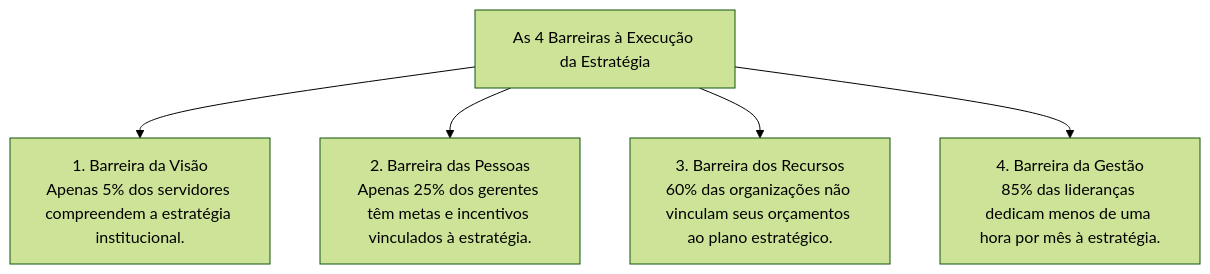
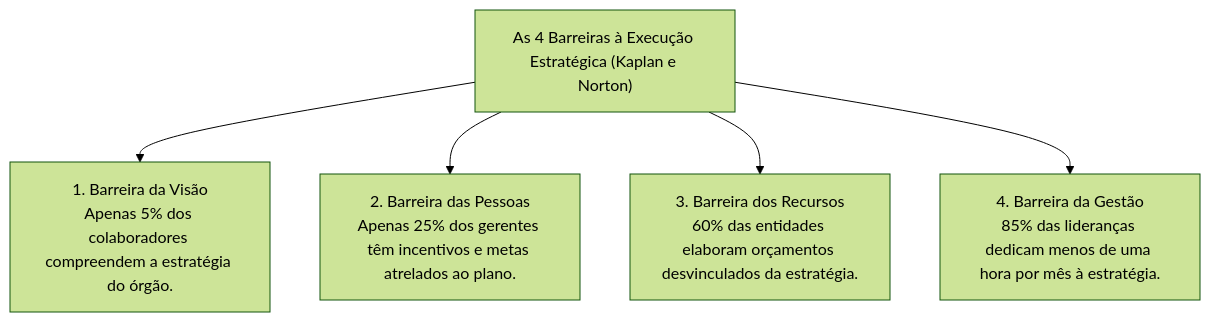
One commit to thiagosantos346/TCE-GO-2027 changed the third of 3 diagrams in fontes_de_estudo/conhecimentos_especificos_a01_tecnico_administrativo/23_administracao_estrategica/03_cadeia_de_valor_bsc_e_execucao_estrategica.md. Above: the diagram before and after it, drawn with Mermaid (forest theme). The commit also changed other lines of this file and 119 other files, not shown here.

````diff
--- a/fontes_de_estudo/conhecimentos_especificos_a01_tecnico_administrativo/23_administracao_estrategica/03_cadeia_de_valor_bsc_e_execucao_estrategica.md
+++ b/fontes_de_estudo/conhecimentos_especificos_a01_tecnico_administrativo/23_administracao_estrategica/03_cadeia_de_valor_bsc_e_execucao_estrategica.md
@@ -141,9 +125,9 @@
 ```mermaid
 flowchart TD
-    Barreiras["As 4 Barreiras à Execução da Estratégia"]
+    Barreiras["As 4 Barreiras à Execução Estratégica (Kaplan e Norton)"]
     
-    Barreiras --> B1["1. Barreira da Visão<br/>Apenas 5% dos servidores compreendem a estratégia institucional."]
-    Barreiras --> B2["2. Barreira das Pessoas<br/>Apenas 25% dos gerentes têm metas e incentivos vinculados à estratégia."]
-    Barreiras --> B3["3. Barreira dos Recursos<br/>60% das organizações não vinculam seus orçamentos ao plano estratégico."]
+    Barreiras --> B1["1. Barreira da Visão<br/>Apenas 5% dos colaboradores compreendem a estratégia do órgão."]
+    Barreiras --> B2["2. Barreira das Pessoas<br/>Apenas 25% dos gerentes têm incentivos e metas atrelados ao plano."]
+    Barreiras --> B3["3. Barreira dos Recursos<br/>60% das entidades elaboram orçamentos desvinculados da estratégia."]
     Barreiras --> B4["4. Barreira da Gestão<br/>85% das lideranças dedicam menos de uma hora por mês à estratégia."]
 ```
````
